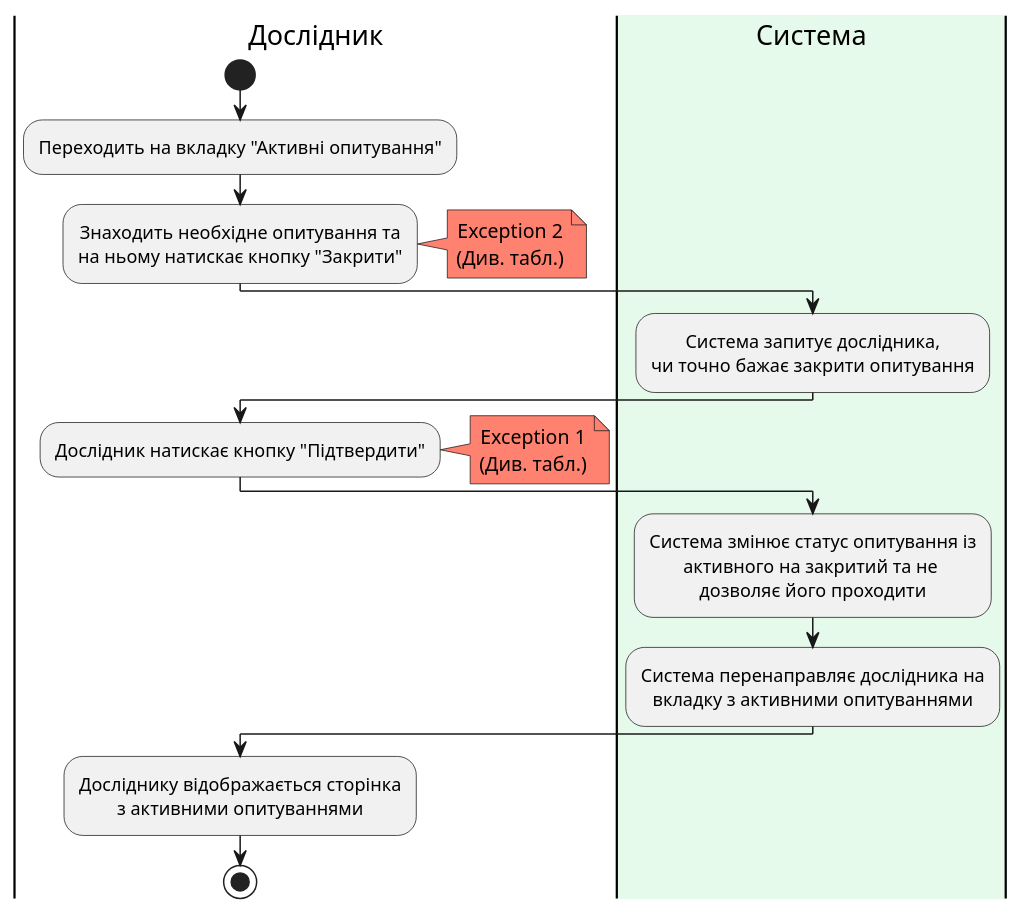
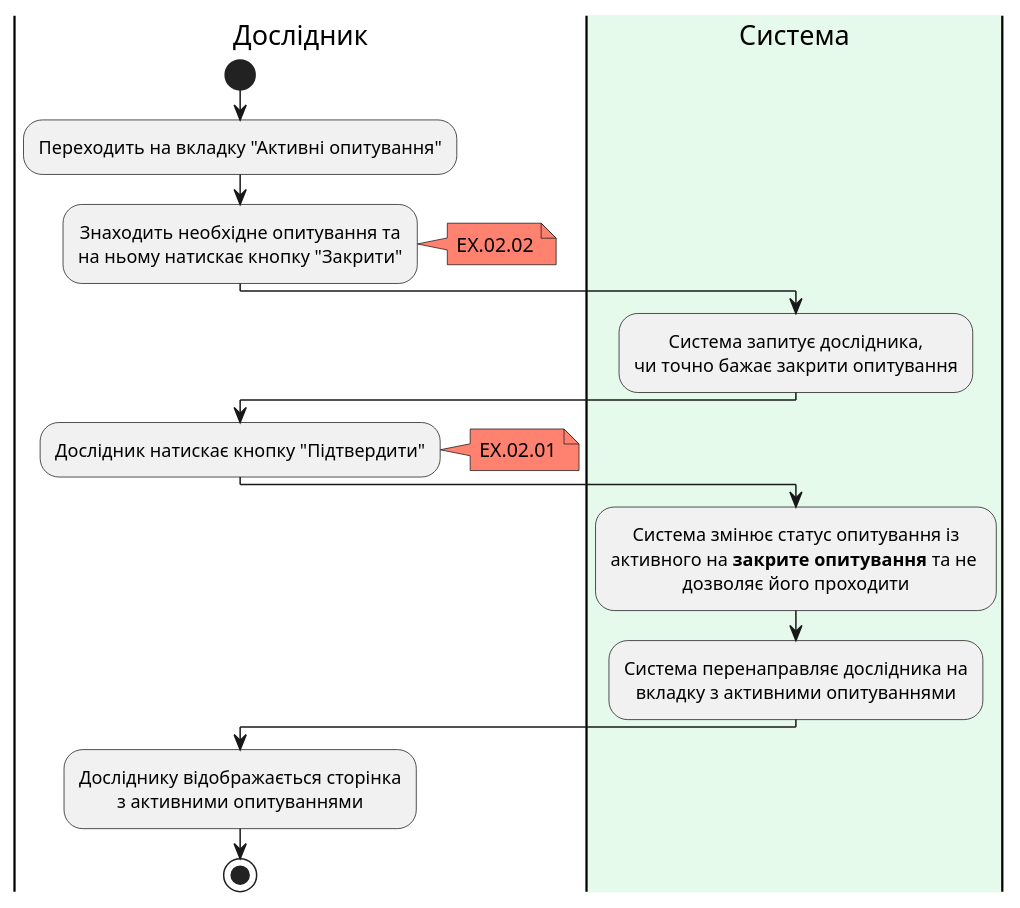
One commit to generalmaks/db_labs changed the tenth of 16 diagrams in docs/use_cases.md. Above: the diagram before and after it, drawn with PlantUML. The commit also changed other lines of this file, not shown here.

Commit message:
Update activity diagram of CloseSurvey

````diff
--- a/docs/use_cases.md
+++ b/docs/use_cases.md
@@ -511,33 +511,31 @@
 ```plantuml
 @startuml
 |Дослідник|
 start
 skinparam defaultTextAlignment center
 :Переходить на вкладку "Активні опитування";
 :Знаходить необхідне опитування та 
 на ньому натискає кнопку "Закрити";
 note right #ff8170
-Exception 2
-(Див. табл.)
+EX.02.02
 end note
 |#e6faec|Система|
 :Система запитує дослідника, 
 чи точно бажає закрити опитування;
 |Дослідник|
 :Дослідник натискає кнопку "Підтвердити";
 note right #ff8170
-Exception 1
-(Див. табл.)
+EX.02.01
 end note
 |#e6faec|Система|
 :Система змінює статус опитування із 
-активного на закритий та не 
+активного на **закрите опитування** та не 
 дозволяє його проходити;
 :Система перенаправляє дослідника на 
 вкладку з активними опитуваннями;
 |Дослідник|
 :Досліднику відображається сторінка
 з активними опитуваннями;
 stop
 @enduml
 ```
````
